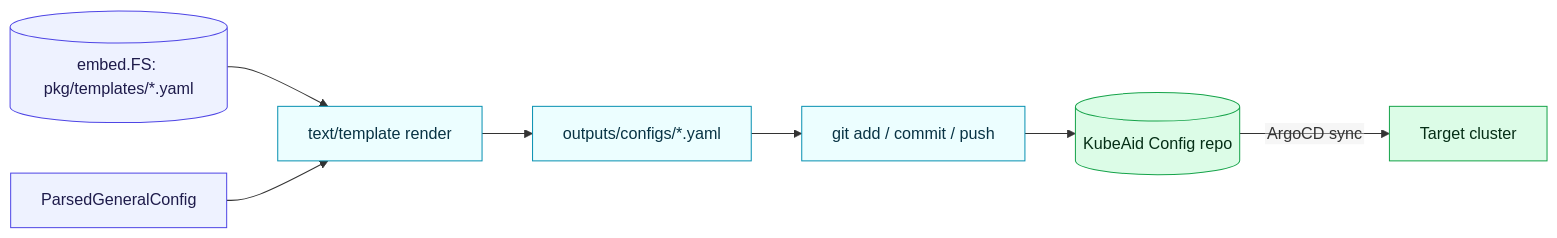
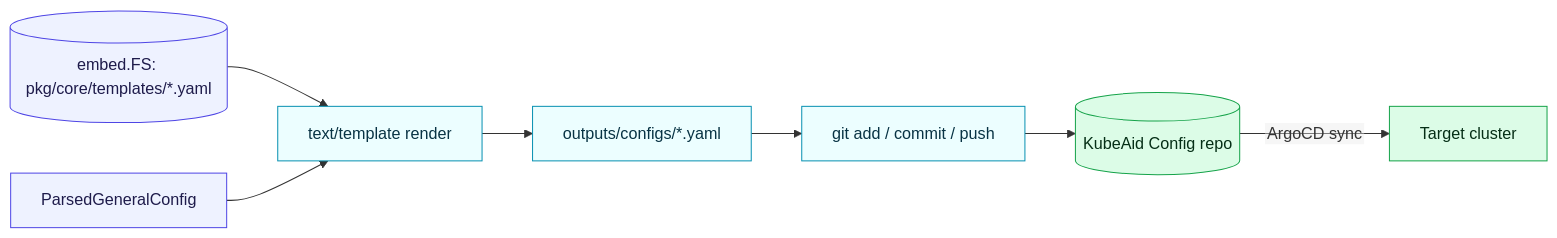
The ninth of 11 diagrams in docs/architecture.md (Obmondo/kubeaid-cli), drawn with Mermaid before and after one commit. The commit also changed other lines of this file and 10 other files, not shown here.

First line of the commit message:
docs: fix architecture drift, regenerate config artifacts, guard generators in CI

````diff
--- a/docs/architecture.md
+++ b/docs/architecture.md
@@ -410,17 +418,17 @@
 ```mermaid
 %%{init: {'flowchart': {'htmlLabels': false}}}%%
 flowchart LR
-  embed[("embed.FS: pkg/templates/*.yaml")] --> render
+  embed[("embed.FS: pkg/core/templates/*.yaml")] --> render
   cfg["ParsedGeneralConfig"] --> render
   render["text/template render"] --> files["outputs/configs/*.yaml"]
   files --> commit["git add / commit / push"]
   commit --> repo[("KubeAid Config repo")]
   repo -- "ArgoCD sync" --> cluster["Target cluster"]
 
   classDef src fill:#eef2ff,stroke:#4f46e5,color:#1e1b4b;
   classDef mid fill:#ecfeff,stroke:#0891b2,color:#083344;
   classDef out fill:#dcfce7,stroke:#16a34a,color:#052e16;
   class embed,cfg src;
   class render,files,commit mid;
   class repo,cluster out;
 ```
````
